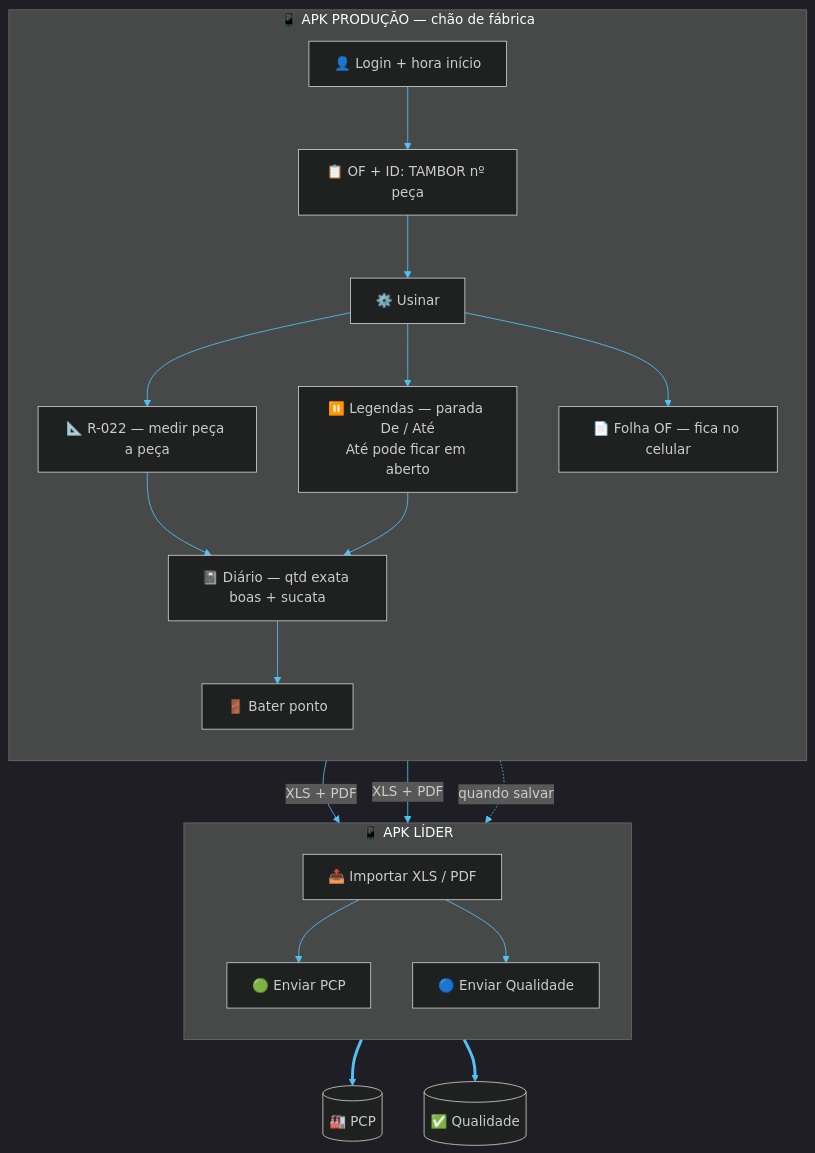
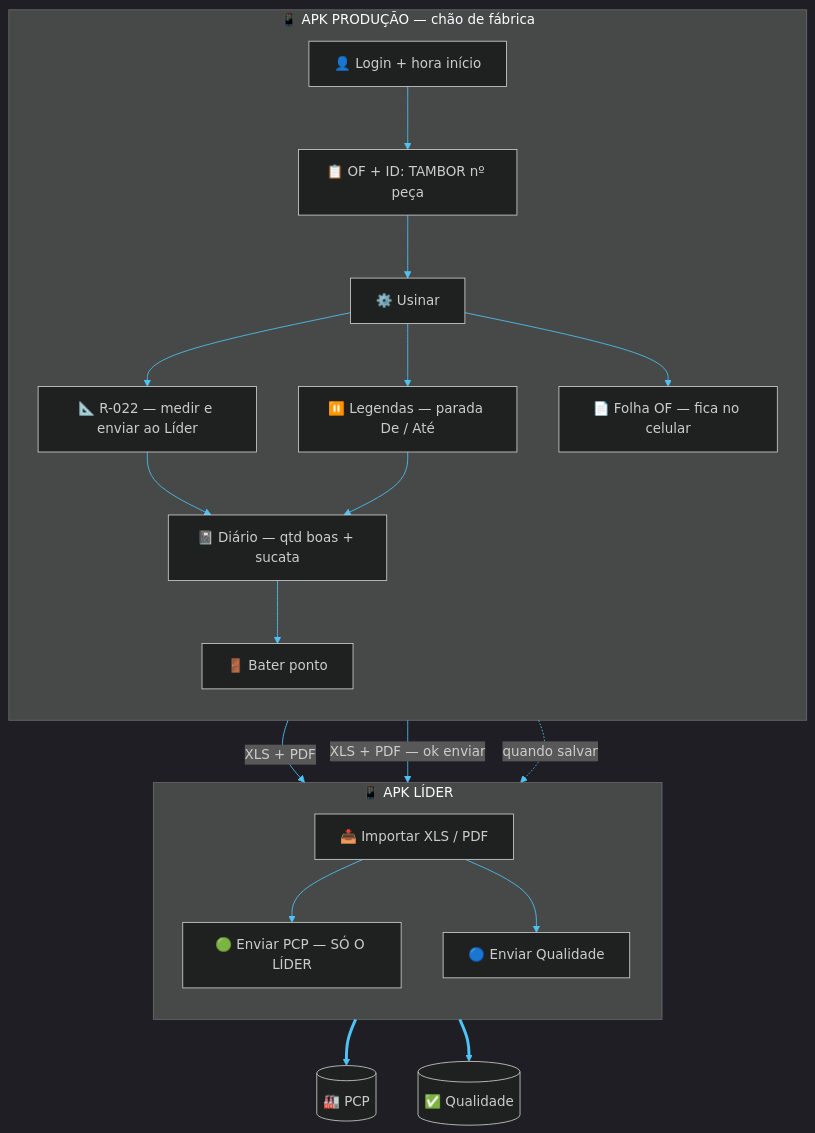
One commit to ALN2025/APK-PRODUCAO changed the diagram in README.md. Above: the diagram before and after it, drawn with Mermaid. The commit also changed other lines of this file and 1 other file, not shown here.

Commit message:
docs: operador pode enviar R-022 ao líder; só PCP é exclusivo do líder

````diff
--- a/README.md
+++ b/README.md
@@ -28,48 +29,48 @@
 ```mermaid
 %%{init: {
   "theme": "dark",
   "themeVariables": {
     "primaryColor": "#0D47A1",
     "primaryTextColor": "#fff",
     "primaryBorderColor": "#4FC3F7",
     "lineColor": "#4FC3F7",
     "secondaryColor": "#1B5E20",
     "tertiaryColor": "#E65100",
     "fontSize": "16px"
   }
 }}%%
 flowchart TB
   subgraph PRODUCAO["📱 APK PRODUÇÃO — chão de fábrica"]
     direction TB
     L[👤 Login + hora início]
     OF[📋 OF + ID: TAMBOR nº peça]
     U[⚙️ Usinar]
-    R[📐 R-022 — medir peça a peça]
-    P[⏸️ Legendas — parada De / Até<br/>Até pode ficar em aberto]
-    D[📓 Diário — qtd exata boas + sucata]
+    R[📐 R-022 — medir e enviar ao Líder]
+    P[⏸️ Legendas — parada De / Até]
+    D[📓 Diário — qtd boas + sucata]
     F[📄 Folha OF — fica no celular]
     BP[🚪 Bater ponto]
     L --> OF --> U
     U --> R
     U --> P
     U --> F
     R --> D
     P --> D
     D --> BP
   end
 
   subgraph LIDER["📱 APK LÍDER"]
     direction TB
     I[📥 Importar XLS / PDF]
-    PCP_BTN[🟢 Enviar PCP]
+    PCP_BTN[🟢 Enviar PCP — SÓ O LÍDER]
     QUAL_BTN[🔵 Enviar Qualidade]
     I --> PCP_BTN
     I --> QUAL_BTN
   end
 
   D -->|"XLS + PDF"| I
-  R -->|"XLS + PDF"| I
+  R -->|"XLS + PDF — ok enviar"| I
   F -.->|"quando salvar"| I
   PCP_BTN ==> PCP[(🏭 PCP)]
   QUAL_BTN ==> QUAL[(✅ Qualidade)]
 ```
````
